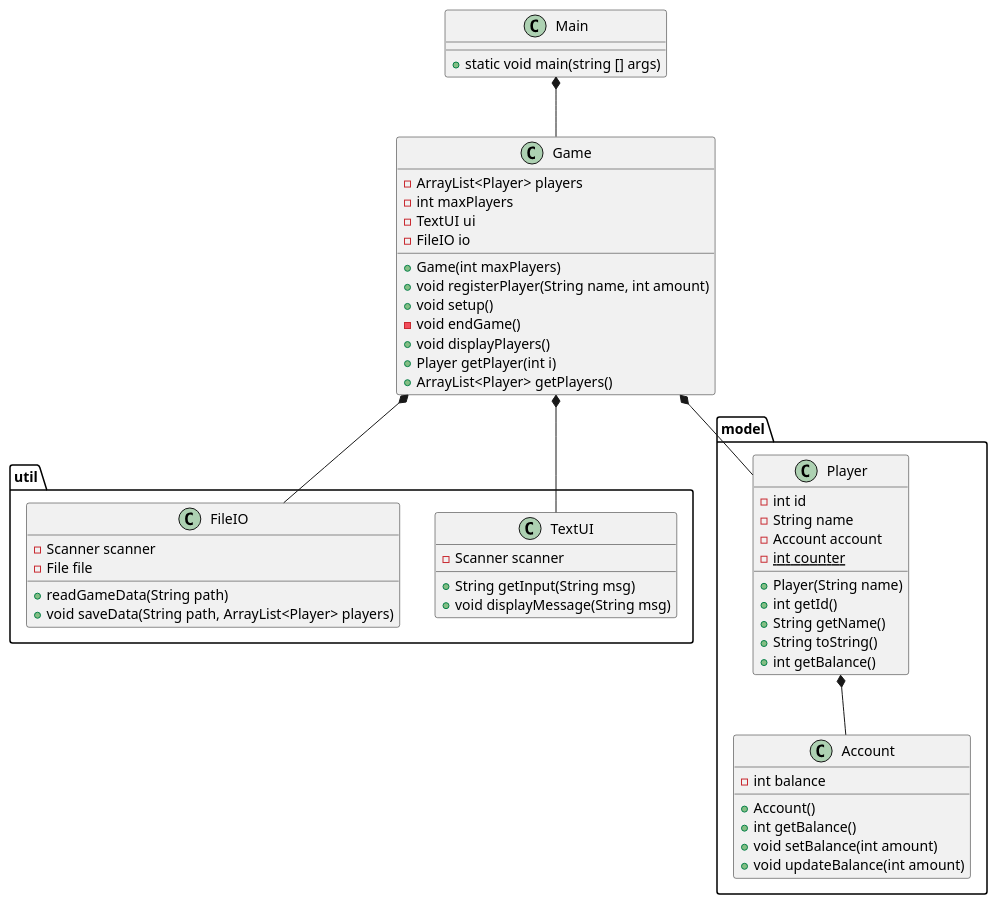
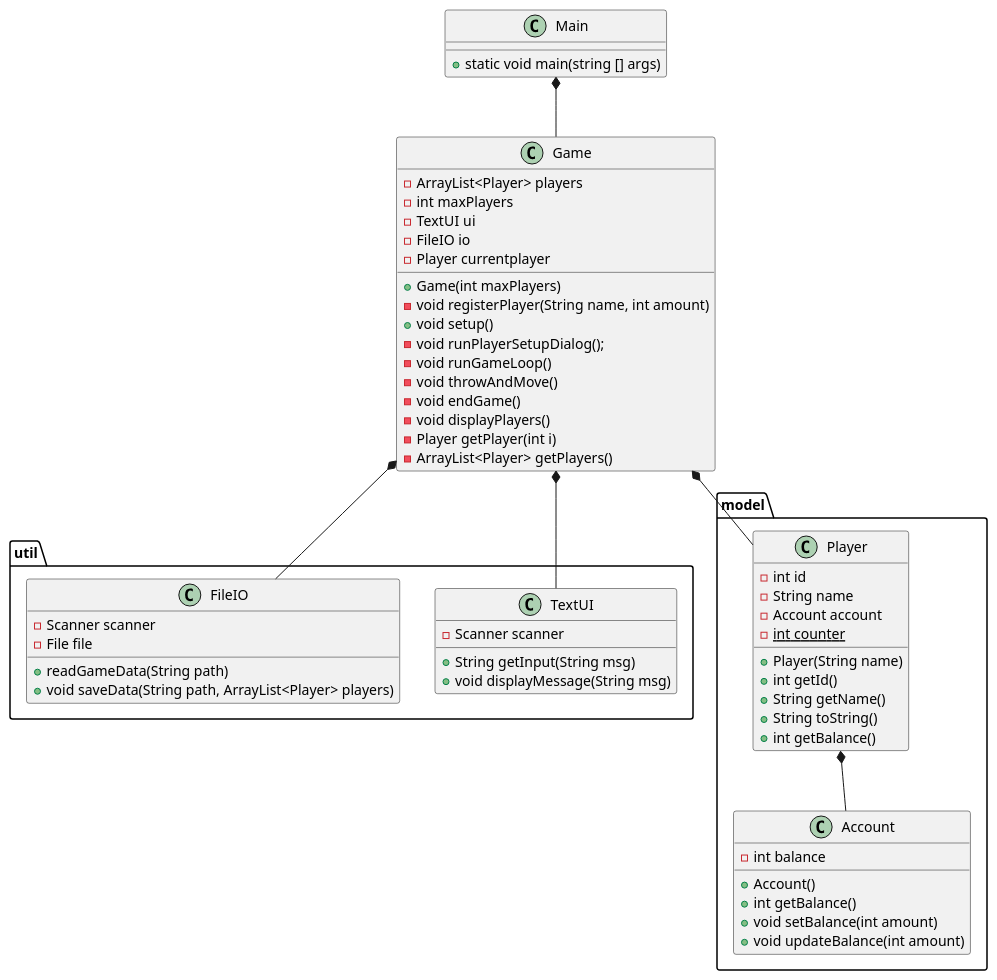
Before and after one commit to babanoelk/Monopoly: the diagram in doc/classdiagram.puml, drawn with PlantUML. The commit also changed 1 other file, not shown here.

```diff
--- a/doc/classdiagram.puml
+++ b/doc/classdiagram.puml
@@ -1,60 +1,64 @@
 @startuml
 'https://plantuml.com/class-diagram
 
 class Main
 class Game
 
 package "util"{
 class TextUI
 class FileIO
 }
 package "model"{
 class Player
 class Account
 }
 Main *-- Game
 Game *-- TextUI
 Game *-- FileIO
 Game *-- Player
 Player *-- Account
 
 Main : + static void main(string [] args)
 
 Player : -int id
 Player  : -String name
 Player  : -Account account
 Player  : -{static} int counter
 Player  : +Player(String name)
 Player  : +int getId()
 Player  : +String getName()
 Player  : +String toString()
 Player  : +int getBalance()
 
 Account : - int balance
 Account : + Account()
 Account : + int getBalance()
 Account : + void setBalance(int amount)
 Account : + void updateBalance(int amount)
 
 Game : - ArrayList<Player> players
 Game : - int maxPlayers
 Game : - TextUI ui
 Game : - FileIO io
+Game : - Player currentplayer
 Game : + Game(int maxPlayers)
-Game : + void registerPlayer(String name, int amount)
+Game : - void registerPlayer(String name, int amount)
 Game : + void setup()
+Game : - void runPlayerSetupDialog();
+Game : - void runGameLoop()
+Game : - void throwAndMove()
 Game : - void endGame()
-Game : + void displayPlayers()
-Game : + Player getPlayer(int i)
-Game : + ArrayList<Player> getPlayers()
+Game : - void displayPlayers()
+Game : - Player getPlayer(int i)
+Game : - ArrayList<Player> getPlayers()
 
 TextUI : + String getInput(String msg)
 TextUI : - Scanner scanner
 TextUI : + void displayMessage(String msg)
 
 FileIO : - Scanner scanner
 FileIO : - File file
 FileIO : + readGameData(String path)
 FileIO : + void saveData(String path, ArrayList<Player> players)
 
 @enduml
```
